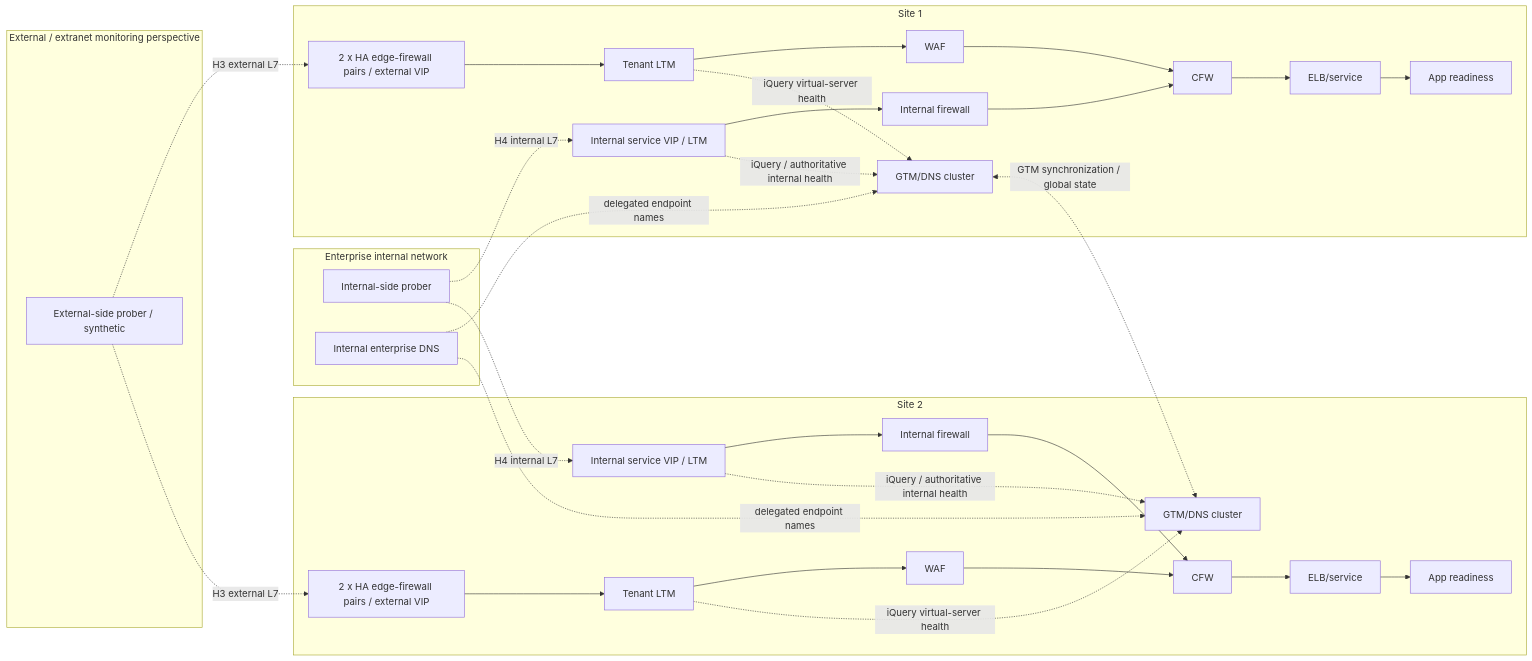
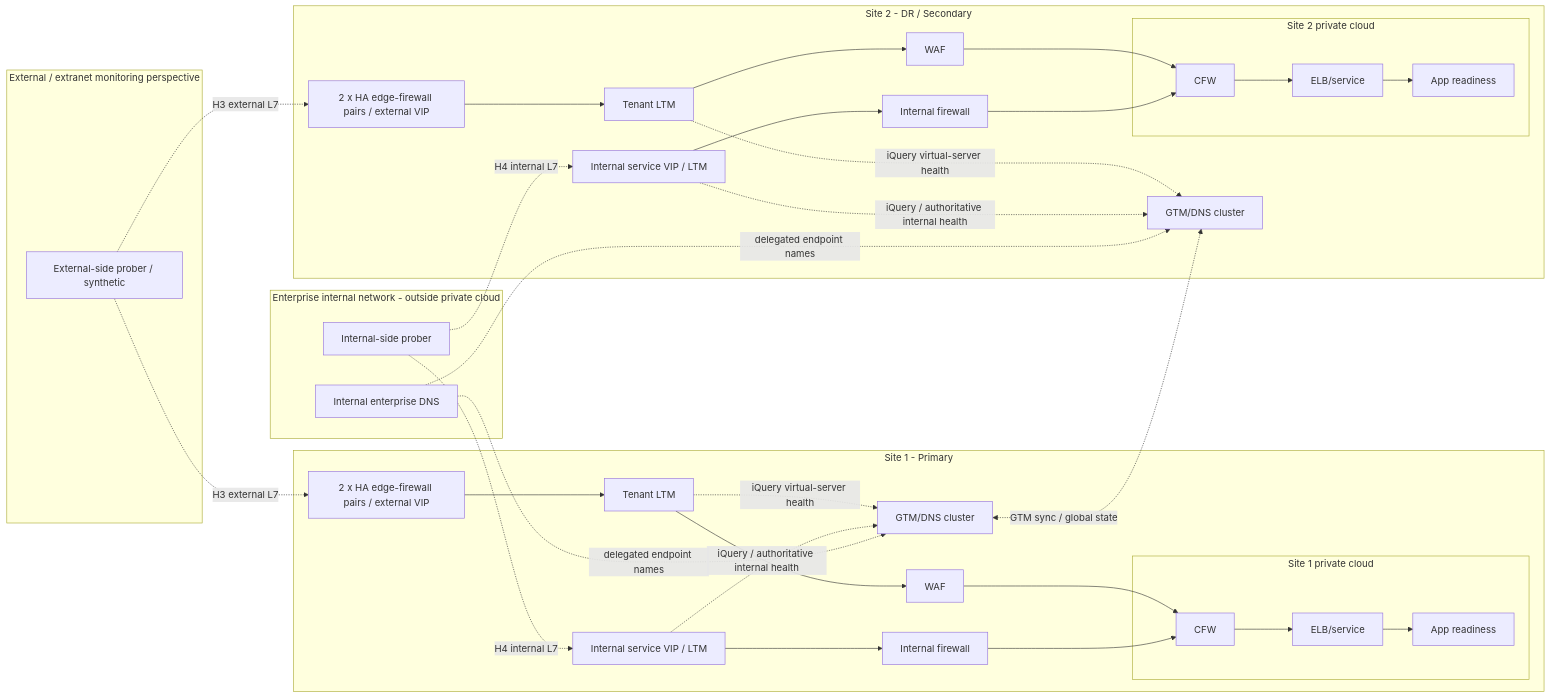
The diagram in enterprise-scenarios/future_architecture_improvements.md (jfang88/EnterpriseWAF), drawn with Mermaid before and after one commit. The commit also changed other lines of this file and 26 other files, not shown here.

Commit message:
Fix diagrams & slide deck, add F5 17.5.x vs 21.1.x+/F5OS guidance and reference tables

````diff
--- a/enterprise-scenarios/future_architecture_improvements.md
+++ b/enterprise-scenarios/future_architecture_improvements.md
@@ -170,57 +180,61 @@
 ```mermaid
 flowchart LR
 
   subgraph EXT[External / extranet monitoring perspective]
     EP[External-side prober / synthetic]
   end
 
-  subgraph INT[Enterprise internal network]
+  subgraph INT[Enterprise internal network - outside private cloud]
     IP[Internal-side prober]
     IDNS[Internal enterprise DNS]
   end
 
-  subgraph S1[Site 1]
+  subgraph S1[Site 1 - Primary]
     EFW1[2 x HA edge-firewall pairs / external VIP]
     G1[GTM/DNS cluster]
     L1[Tenant LTM]
     W1[WAF]
     IV1[Internal service VIP / LTM]
     IF1[Internal firewall]
-    CFW1[CFW]
-    ELB1[ELB/service]
-    APP1[App readiness]
+    subgraph S1PC[Site 1 private cloud]
+      CFW1[CFW]
+      ELB1[ELB/service]
+      APP1[App readiness]
+    end
 
     EFW1 --> L1 --> W1 --> CFW1 --> ELB1 --> APP1
     IV1 --> IF1 --> CFW1
   end
 
-  subgraph S2[Site 2]
+  subgraph S2[Site 2 - DR / Secondary]
     EFW2[2 x HA edge-firewall pairs / external VIP]
     G2[GTM/DNS cluster]
     L2[Tenant LTM]
     W2[WAF]
     IV2[Internal service VIP / LTM]
     IF2[Internal firewall]
-    CFW2[CFW]
-    ELB2[ELB/service]
-    APP2[App readiness]
+    subgraph S2PC[Site 2 private cloud]
+      CFW2[CFW]
+      ELB2[ELB/service]
+      APP2[App readiness]
+    end
 
     EFW2 --> L2 --> W2 --> CFW2 --> ELB2 --> APP2
     IV2 --> IF2 --> CFW2
   end
 
-  G1 <-. GTM synchronization / global state .-> G2
+  G1 <-. GTM sync / global state .-> G2
 
   EP -. H3 external L7 .-> EFW1
   EP -. H3 external L7 .-> EFW2
   IP -. H4 internal L7 .-> IV1
   IP -. H4 internal L7 .-> IV2
 
   L1 -. iQuery virtual-server health .-> G1
   L2 -. iQuery virtual-server health .-> G2
   IV1 -. iQuery / authoritative internal health .-> G1
   IV2 -. iQuery / authoritative internal health .-> G2
 
   IDNS -. delegated endpoint names .-> G1
   IDNS -. delegated endpoint names .-> G2
 ```
````
